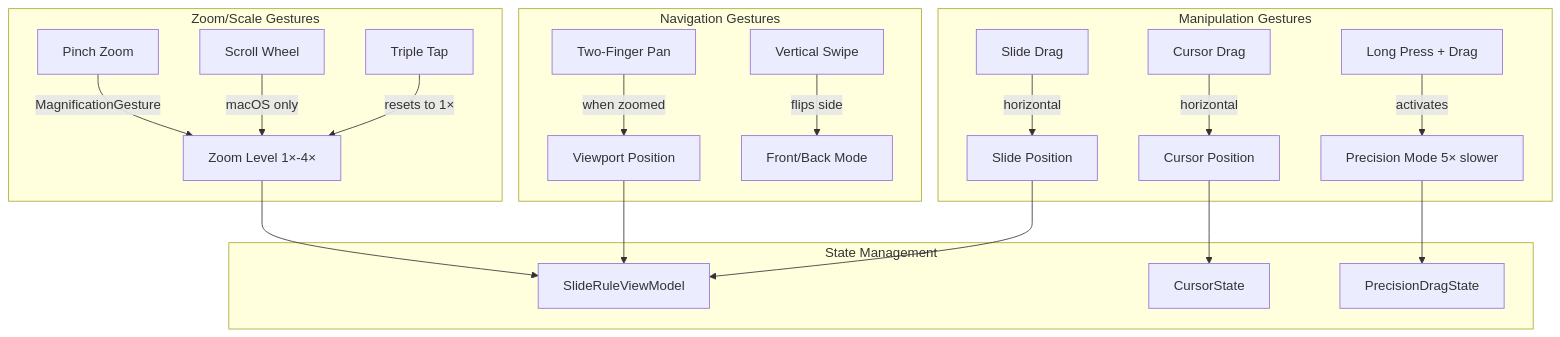
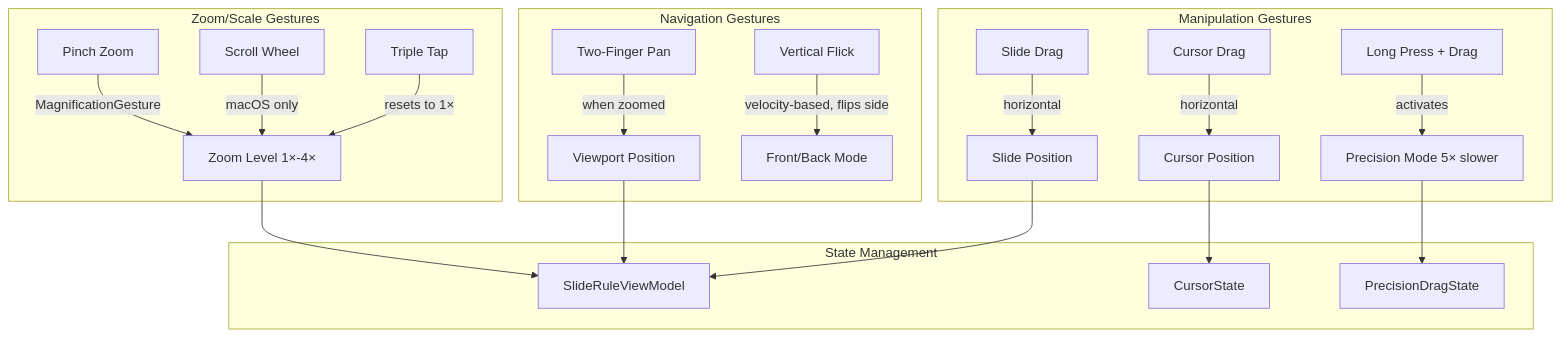
One commit to adamhill/TheElectricSlideV3 changed the first of 11 diagrams in swift-docs/navigation-gestures-haptics-implementation.md. Above: the diagram before and after it, drawn with Mermaid. The commit also changed other lines of this file and 11 other files, not shown here.

````diff
--- a/swift-docs/navigation-gestures-haptics-implementation.md
+++ b/swift-docs/navigation-gestures-haptics-implementation.md
@@ -17,27 +24,27 @@
 ```mermaid
 graph TB
     subgraph "Zoom/Scale Gestures"
         PZ[Pinch Zoom] --> |MagnificationGesture| ZL[Zoom Level 1×-4×]
         SW[Scroll Wheel] --> |macOS only| ZL
         TT[Triple Tap] --> |resets to 1×| ZL
     end
     
     subgraph "Navigation Gestures"
         TFP[Two-Finger Pan] --> |when zoomed| VP[Viewport Position]
-        VF[Vertical Swipe] --> |flips side| FM[Front/Back Mode]
+        VF[Vertical Flick] --> |velocity-based, flips side| FM[Front/Back Mode]
     end
     
     subgraph "Manipulation Gestures"
         SD[Slide Drag] --> |horizontal| SP[Slide Position]
         CD[Cursor Drag] --> |horizontal| CP[Cursor Position]
         LP[Long Press + Drag] --> |activates| PM[Precision Mode 5× slower]
     end
     
     subgraph "State Management"
         ZL --> SVM[SlideRuleViewModel]
         VP --> SVM
         SP --> SVM
         CP --> CS[CursorState]
         PM --> PDS[PrecisionDragState]
     end
 ```
````
